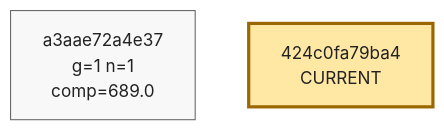
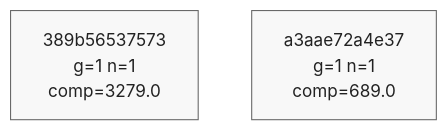
The ninth of 9 diagrams in phyrogenetic-tree.md (azumag/soviet_now), drawn with Mermaid before and after one commit. The commit also changed other lines of this file and 2 other files, not shown here.

````diff
--- a/phyrogenetic-tree.md
+++ b/phyrogenetic-tree.md
@@ -2224,14 +2225,14 @@
 ```mermaid
 flowchart TD
+    h_389b56537573["389b56537573<br/>g=1 n=1<br/>comp=3279.0"]
     h_a3aae72a4e37["a3aae72a4e37<br/>g=1 n=1<br/>comp=689.0"]
-    h_424c0fa79ba4["424c0fa79ba4<br/>CURRENT"]
 
 
     classDef plain fill:#f8f8f8,stroke:#666,stroke-width:1px,color:#222;
     classDef current fill:#ffe8a3,stroke:#9a6700,stroke-width:3px,color:#222;
     classDef anchor fill:#d7f5dd,stroke:#1f6f43,stroke-width:3px,color:#222;
     classDef current_anchor fill:#f3e4a8,stroke:#1f6f43,stroke-width:4px,color:#222;
 
+    class h_389b56537573 plain;
     class h_a3aae72a4e37 plain;
-    class h_424c0fa79ba4 current;
 ```
````
